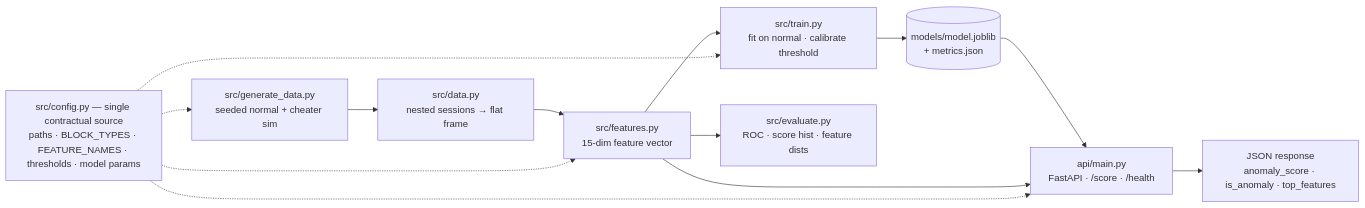
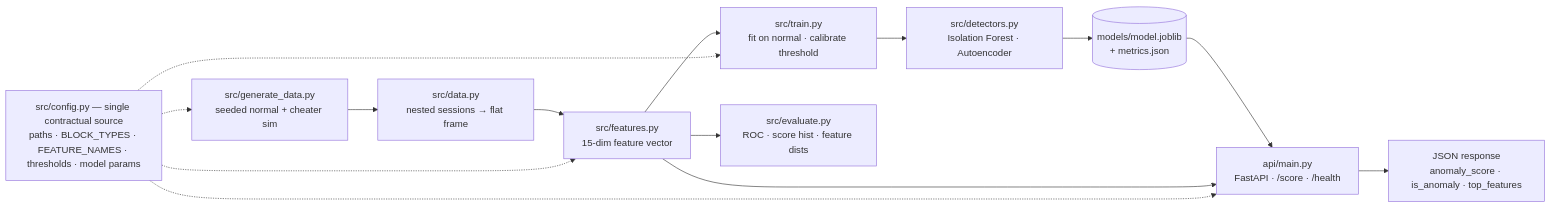
Before and after one commit to LILRINO71/telemetry-anomaly-detector: the diagram in README.md, drawn with Mermaid. The commit also changed other lines of this file and 13 other files, not shown here.

````diff
--- a/README.md
+++ b/README.md
@@ -172,16 +209,17 @@
 ```mermaid
 flowchart LR
     G["src/generate_data.py<br/>seeded normal + cheater sim"] --> D["src/data.py<br/>nested sessions → flat frame"]
     D --> F["src/features.py<br/>15-dim feature vector"]
     F --> T["src/train.py<br/>fit on normal · calibrate threshold"]
-    T --> M[("models/model.joblib<br/>+ metrics.json")]
+    T --> DET["src/detectors.py<br/>Isolation Forest · Autoencoder"]
+    DET --> M[("models/model.joblib<br/>+ metrics.json")]
     M --> A["api/main.py<br/>FastAPI · /score · /health"]
     F --> A
     A --> RESP["JSON response<br/>anomaly_score · is_anomaly · top_features"]
     F --> E["src/evaluate.py<br/>ROC · score hist · feature dists"]
     C["src/config.py — single contractual source<br/>paths · BLOCK_TYPES · FEATURE_NAMES · thresholds · model params"]
     C -.-> G
     C -.-> F
     C -.-> T
     C -.-> A
 ```
````
